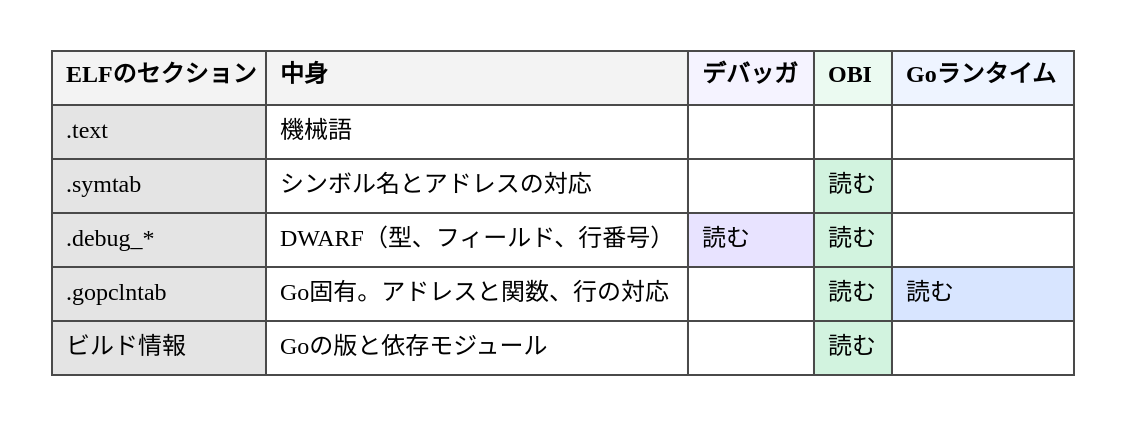
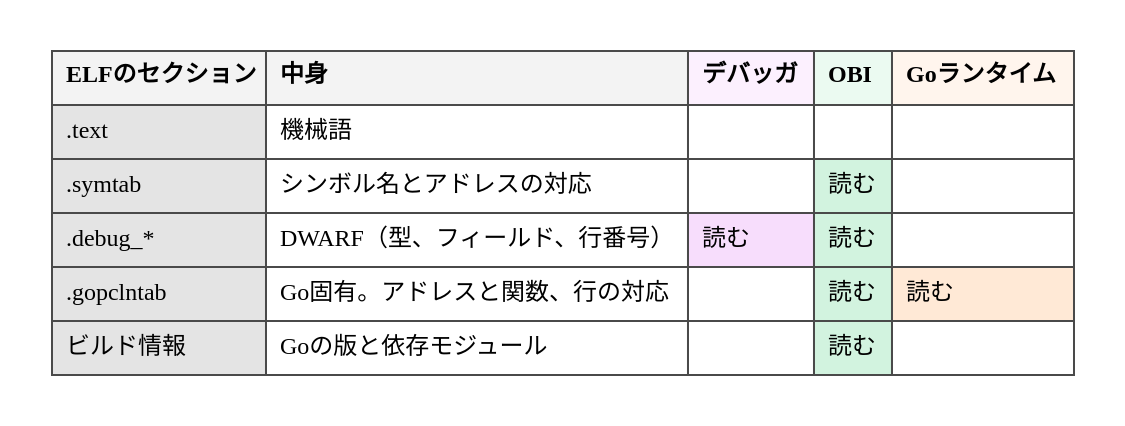
One commit to ymotongpoo/zenn.dev changed the diagram in diagrams/go-ebpf-primer/20260820-elf-sections.dot. Above: the diagram before and after it, drawn with Graphviz. The commit also changed 109 other files, not shown here.

First line of the commit message:
change(go-ebpf-primer): 図の主系列/ストレージ/補助カテゴリをPrimary/Secondary色に再調整

```diff
--- a/diagrams/go-ebpf-primer/20260820-elf-sections.dot
+++ b/diagrams/go-ebpf-primer/20260820-elf-sections.dot
@@ -1,43 +1,43 @@
 // ELFバイナリの中身と、それを読む側
 digraph elf_sections {
   graph [
     fontname="IBM Plex Sans JP", fontsize=13,
     splines=ortho,
     bgcolor="white", pad=0.25
   ];
   node [
     fontname="IBM Plex Sans JP", fontsize=12,
     shape=box, style="rounded,filled",
     fillcolor="#F1F1F1", color="#4A4A4A", penwidth=1.6,
     margin="0.2,0.14"
   ];
   edge [
     fontname="IBM Plex Sans JP", fontsize=11,
     color="#343434", penwidth=1.4, arrowsize=0.9,
     fontcolor="#171717"
   ];
 
   matrix [shape=plain, style="", label=<
     <table border="0" cellborder="1" cellspacing="0" cellpadding="6" color="#4A4A4A">
       <tr><td align="left" bgcolor="#F3F3F3"><b>ELFのセクション</b></td>
           <td align="left" bgcolor="#F3F3F3"><b>中身</b></td>
-          <td align="left" bgcolor="#F5F3FF"><b>デバッガ</b></td>
+          <td align="left" bgcolor="#FCF0FE"><b>デバッガ</b></td>
           <td align="left" bgcolor="#EBFAF1"><font face="Poppins"><b>OBI</b></font></td>
-          <td align="left" bgcolor="#EEF4FF"><b>Goランタイム</b></td></tr>
+          <td align="left" bgcolor="#FFF5ED"><b>Goランタイム</b></td></tr>
       <tr><td align="left" bgcolor="#E4E4E4"><font face="JetBrains Mono">.text</font></td>
           <td align="left" bgcolor="#FFFFFF">機械語</td>
           <td align="left" bgcolor="#FFFFFF"></td><td align="left" bgcolor="#FFFFFF"></td><td align="left" bgcolor="#FFFFFF"></td></tr>
       <tr><td align="left" bgcolor="#E4E4E4"><font face="JetBrains Mono">.symtab</font></td>
           <td align="left" bgcolor="#FFFFFF">シンボル名とアドレスの対応</td>
           <td align="left" bgcolor="#FFFFFF"></td><td align="left" bgcolor="#D2F3DF">読む</td><td align="left" bgcolor="#FFFFFF"></td></tr>
       <tr><td align="left" bgcolor="#E4E4E4"><font face="JetBrains Mono">.debug_*</font></td>
           <td align="left" bgcolor="#FFFFFF">DWARF（型、フィールド、行番号）</td>
-          <td align="left" bgcolor="#E8E3FF">読む</td><td align="left" bgcolor="#D2F3DF">読む</td><td align="left" bgcolor="#FFFFFF"></td></tr>
+          <td align="left" bgcolor="#F7DDFC">読む</td><td align="left" bgcolor="#D2F3DF">読む</td><td align="left" bgcolor="#FFFFFF"></td></tr>
       <tr><td align="left" bgcolor="#E4E4E4"><font face="JetBrains Mono">.gopclntab</font></td>
           <td align="left" bgcolor="#FFFFFF">Go固有。アドレスと関数、行の対応</td>
-          <td align="left" bgcolor="#FFFFFF"></td><td align="left" bgcolor="#D2F3DF">読む</td><td align="left" bgcolor="#D8E5FF">読む</td></tr>
+          <td align="left" bgcolor="#FFFFFF"></td><td align="left" bgcolor="#D2F3DF">読む</td><td align="left" bgcolor="#FFE9D6">読む</td></tr>
       <tr><td align="left" bgcolor="#E4E4E4">ビルド情報</td>
           <td align="left" bgcolor="#FFFFFF">Goの版と依存モジュール</td>
           <td align="left" bgcolor="#FFFFFF"></td><td align="left" bgcolor="#D2F3DF">読む</td><td align="left" bgcolor="#FFFFFF"></td></tr>
     </table>>];
 }
```
